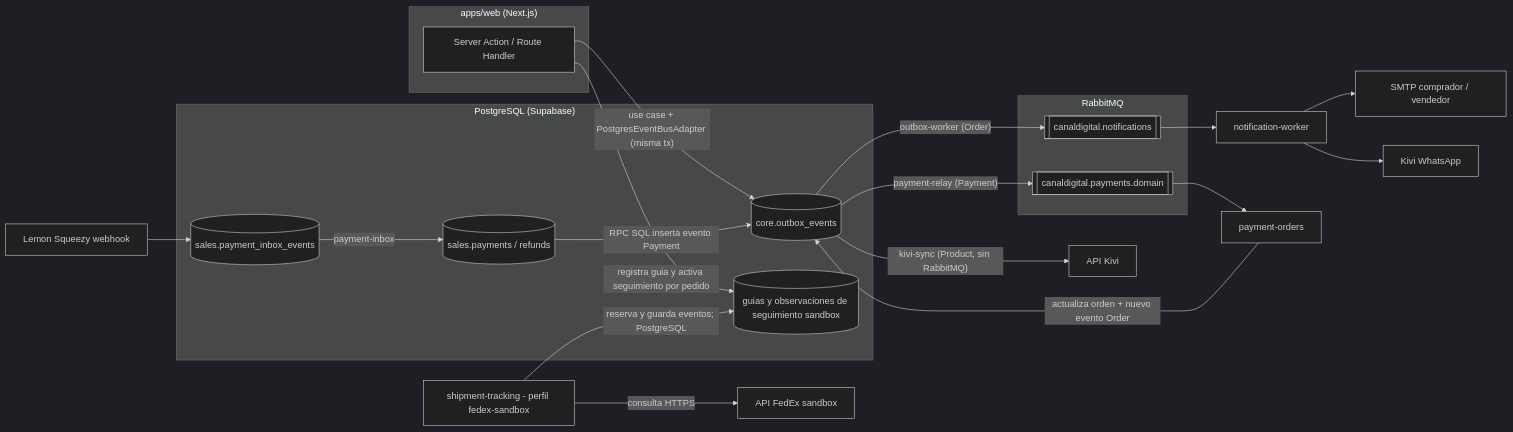
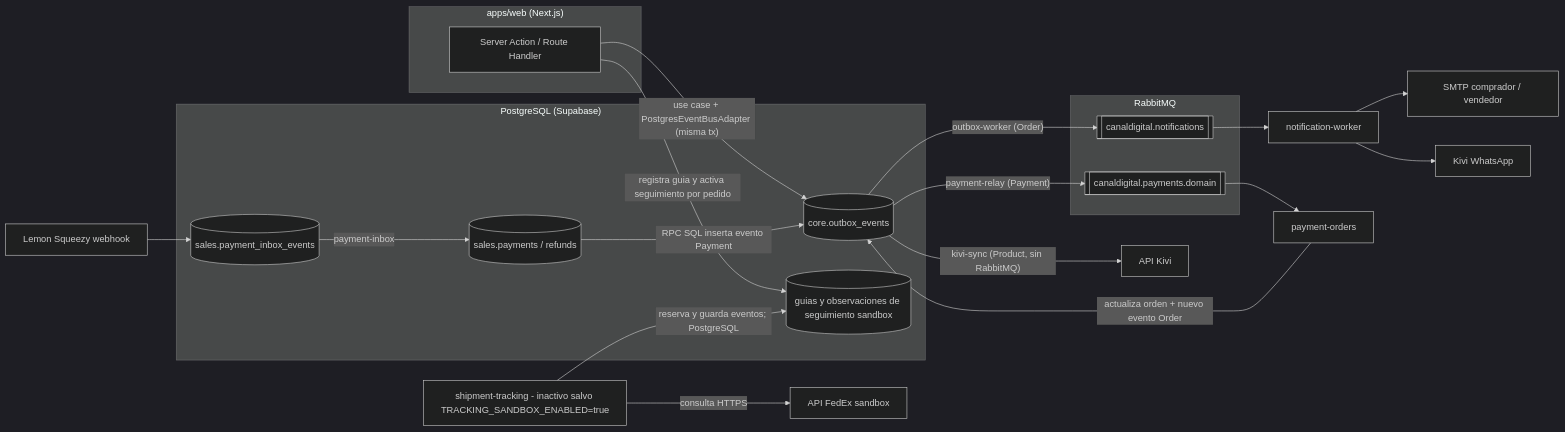
Before and after one commit to camiloo1210/Canal-Digital-Ventas: the first of 3 diagrams in apps/worker/README.md, drawn with Mermaid (dark theme). The commit also changed other lines of this file and 1 other file, not shown here.

Commit message:
docs(worker): document tracking worker standby mode and compose configuration

````diff
--- a/apps/worker/README.md
+++ b/apps/worker/README.md
@@ -15,31 +15,31 @@
 ```mermaid
 flowchart LR
   subgraph Web["apps/web (Next.js)"]
     SA[Server Action / Route Handler]
   end
   subgraph DB["PostgreSQL (Supabase)"]
     OB[(core.outbox_events)]
     INB[(sales.payment_inbox_events)]
     PAY[(sales.payments / refunds)]
     TRK[(guias y observaciones de seguimiento sandbox)]
   end
   subgraph MQ["RabbitMQ"]
     QN[[canaldigital.notifications]]
     QP[[canaldigital.payments.domain]]
   end
 
   SA -- "use case + PostgresEventBusAdapter (misma tx)" --> OB
   LS[Lemon Squeezy webhook] --> INB
   INB -- payment-inbox --> PAY
   PAY -- "RPC SQL inserta evento Payment" --> OB
   SA -- "registra guia y activa seguimiento por pedido" --> TRK
-  TRACK[shipment-tracking - perfil fedex-sandbox] -- "reserva y guarda eventos; PostgreSQL" --> TRK
+  TRACK[shipment-tracking - inactivo salvo TRACKING_SANDBOX_ENABLED=true] -- "reserva y guarda eventos; PostgreSQL" --> TRK
   TRACK -- "consulta HTTPS" --> FEDEX[API FedEx sandbox]
 
   OB -- "outbox-worker (Order)" --> QN
   OB -- "payment-relay (Payment)" --> QP
   OB -- "kivi-sync (Product, sin RabbitMQ)" --> KIVI[API Kivi]
 
   QN --> NW[notification-worker] --> EMAIL[SMTP comprador / vendedor] & KIVIW[Kivi WhatsApp]
   QP --> PO[payment-orders] -- "actualiza orden + nuevo evento Order" --> OB
 ```
````
